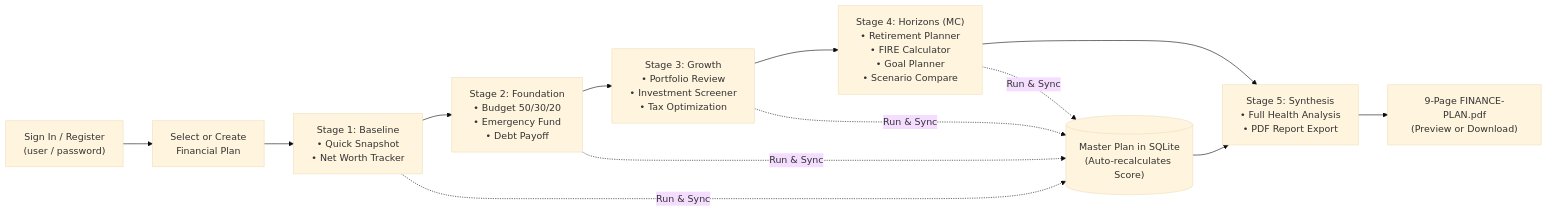
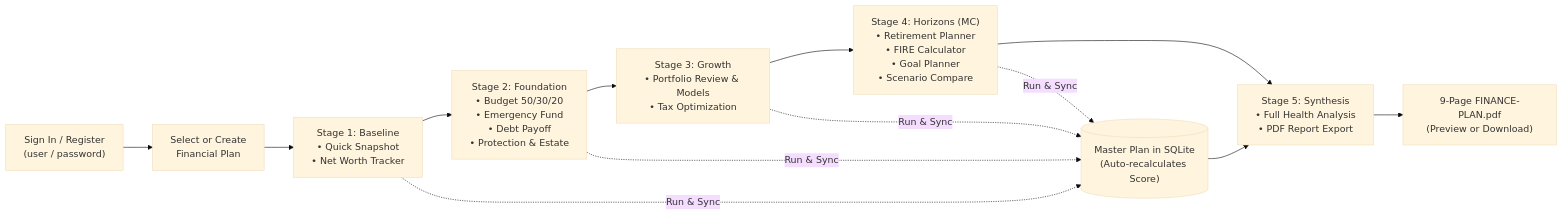
The first of 4 diagrams in docs/WORKFLOW.md (pmishra02138/ai-finance), drawn with Mermaid (base theme) before and after one commit. The commit also changed 16 other files, not shown here.

Commit message:
Upgrade financial modeling: Protection & Estate, Gross/Net income, log-normal portfolio-linked MC, withdrawal taxes, SS timing, and ending equity

````diff
--- a/docs/WORKFLOW.md
+++ b/docs/WORKFLOW.md
@@ -13,17 +13,17 @@
 ```mermaid
 flowchart LR
     Login["Sign In / Register\n(user / password)"] --> SelectPlan["Select or Create\nFinancial Plan"]
 
     SelectPlan --> S1["Stage 1: Baseline\n• Quick Snapshot\n• Net Worth Tracker"]
-    S1 --> S2["Stage 2: Foundation\n• Budget 50/30/20\n• Emergency Fund\n• Debt Payoff"]
-    S2 --> S3["Stage 3: Growth\n• Portfolio Review\n• Investment Screener\n• Tax Optimization"]
+    S1 --> S2["Stage 2: Foundation\n• Budget 50/30/20\n• Emergency Fund\n• Debt Payoff\n• Protection & Estate"]
+    S2 --> S3["Stage 3: Growth\n• Portfolio Review & Models\n• Tax Optimization"]
     S3 --> S4["Stage 4: Horizons (MC)\n• Retirement Planner\n• FIRE Calculator\n• Goal Planner\n• Scenario Compare"]
     S4 --> S5["Stage 5: Synthesis\n• Full Health Analysis\n• PDF Report Export"]
 
     S1 -. "Run & Sync" .-> MasterPlan[("Master Plan in SQLite\n(Auto-recalculates Score)")]
     S2 -. "Run & Sync" .-> MasterPlan
     S3 -. "Run & Sync" .-> MasterPlan
     S4 -. "Run & Sync" .-> MasterPlan
     MasterPlan --> S5
     S5 --> PDF["9-Page FINANCE-PLAN.pdf\n(Preview or Download)"]
 ```
````
